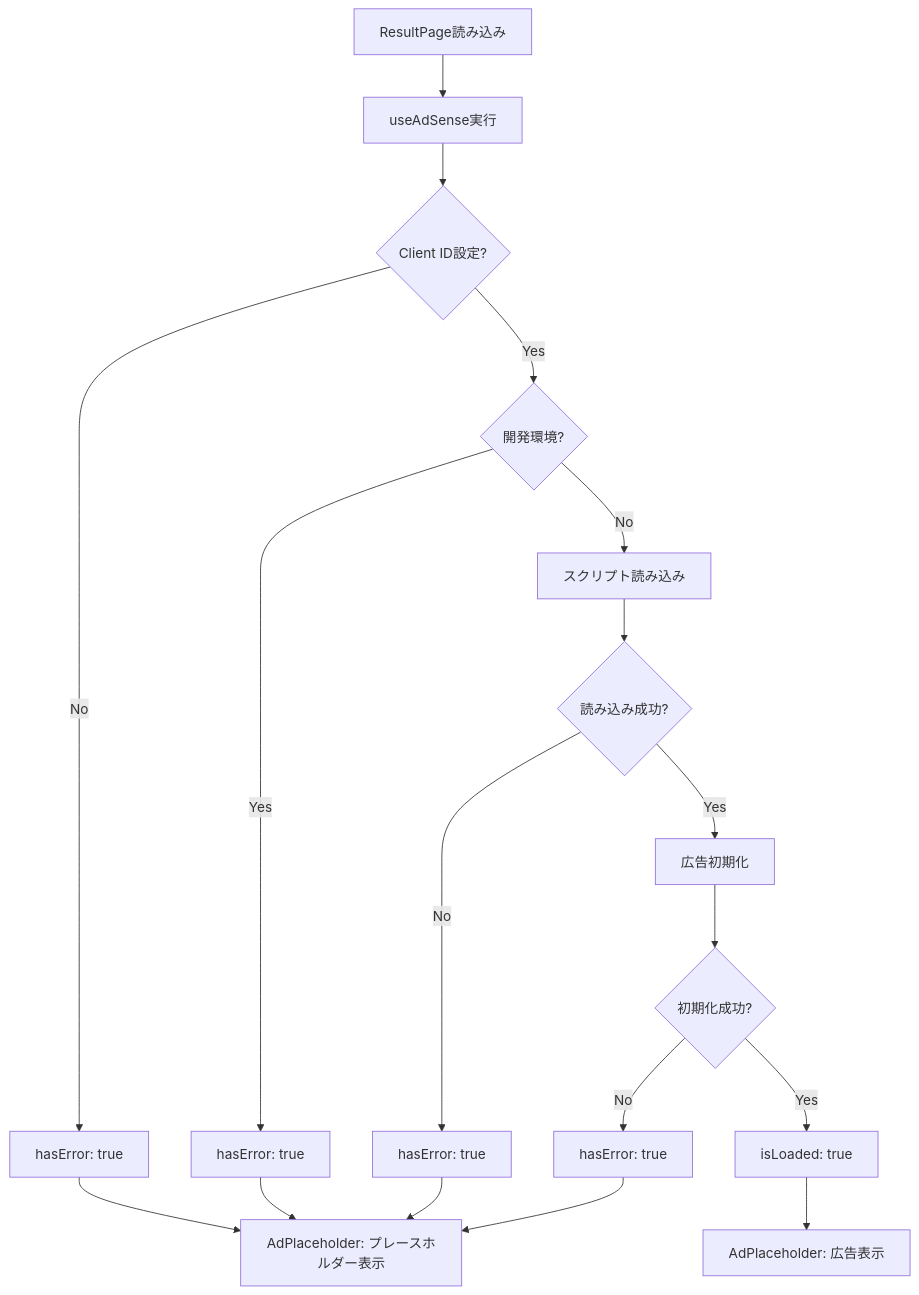
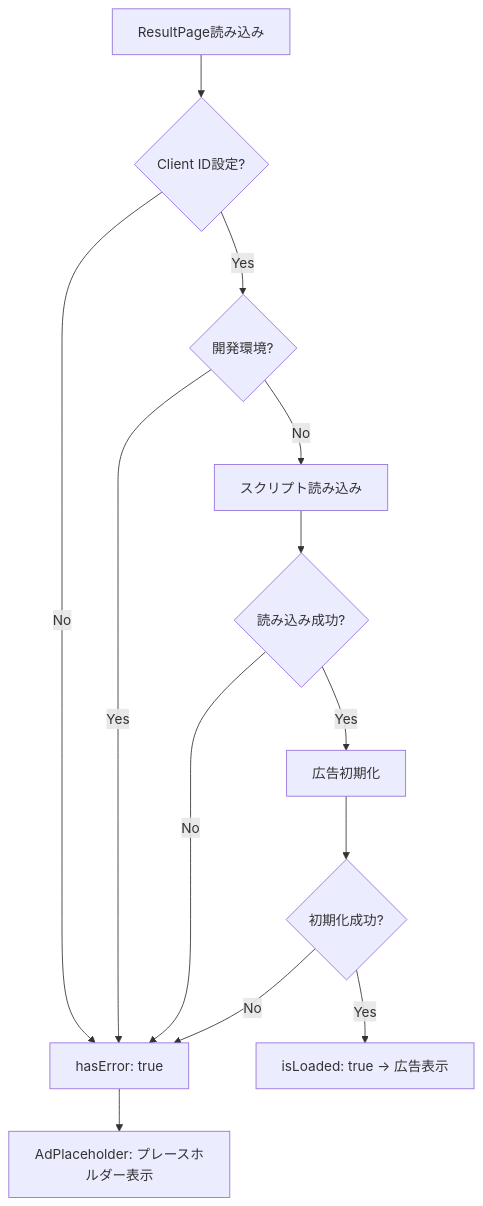
One commit to 50ra4/coin-toss-game changed the first of 2 diagrams in docs/specs/04_api.md. Above: the diagram before and after it, drawn with Mermaid. The commit also changed other lines of this file and 7 other files, not shown here.

````diff
--- a/docs/specs/04_api.md
+++ b/docs/specs/04_api.md
@@ -513,22 +101,17 @@
 ```mermaid
 graph TD
     Start[ResultPage読み込み]
-    Start --> Hook[useAdSense実行]
-    Hook --> Check1{Client ID設定?}
-    Check1 -->|No| Error1[hasError: true]
+    Start --> Check1{Client ID設定?}
+    Check1 -->|No| Error[hasError: true]
     Check1 -->|Yes| Check2{開発環境?}
-    Check2 -->|Yes| Error2[hasError: true]
+    Check2 -->|Yes| Error
     Check2 -->|No| Load[スクリプト読み込み]
     Load --> Check3{読み込み成功?}
-    Check3 -->|No| Error3[hasError: true]
+    Check3 -->|No| Error
     Check3 -->|Yes| Init[広告初期化]
     Init --> Check4{初期化成功?}
-    Check4 -->|No| Error4[hasError: true]
-    Check4 -->|Yes| Success[isLoaded: true]
+    Check4 -->|No| Error
+    Check4 -->|Yes| Success[isLoaded: true → 広告表示]
 
-    Error1 --> Placeholder[AdPlaceholder: プレースホルダー表示]
-    Error2 --> Placeholder
-    Error3 --> Placeholder
-    Error4 --> Placeholder
-    Success --> Ad[AdPlaceholder: 広告表示]
+    Error --> Placeholder[AdPlaceholder: プレースホルダー表示]
 ```
````
